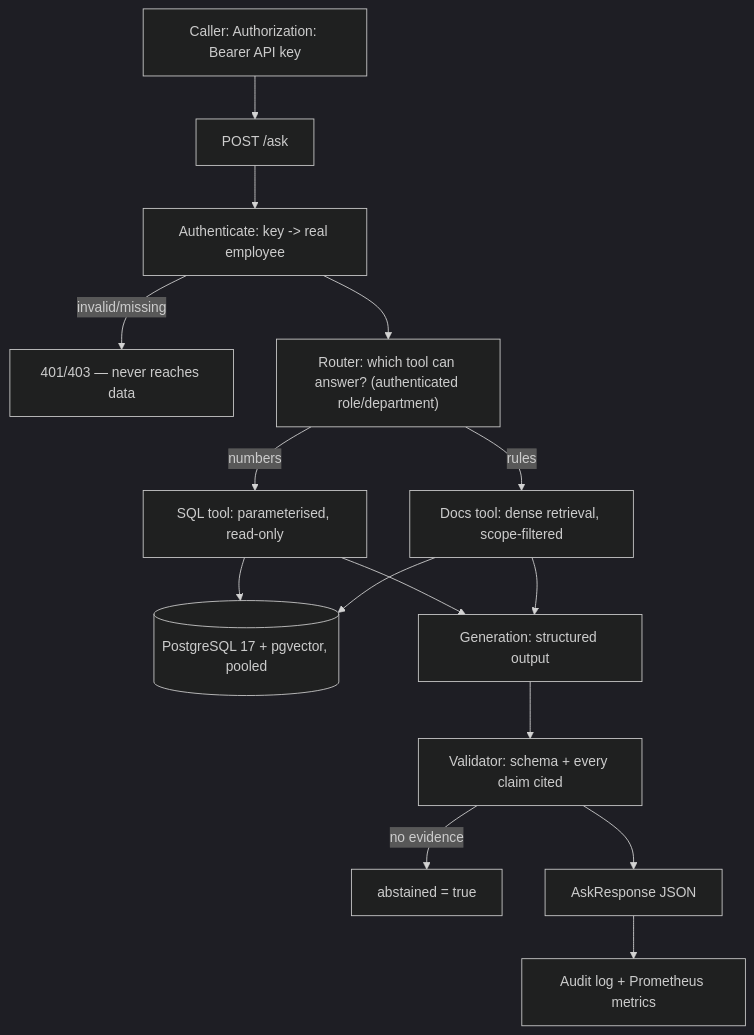
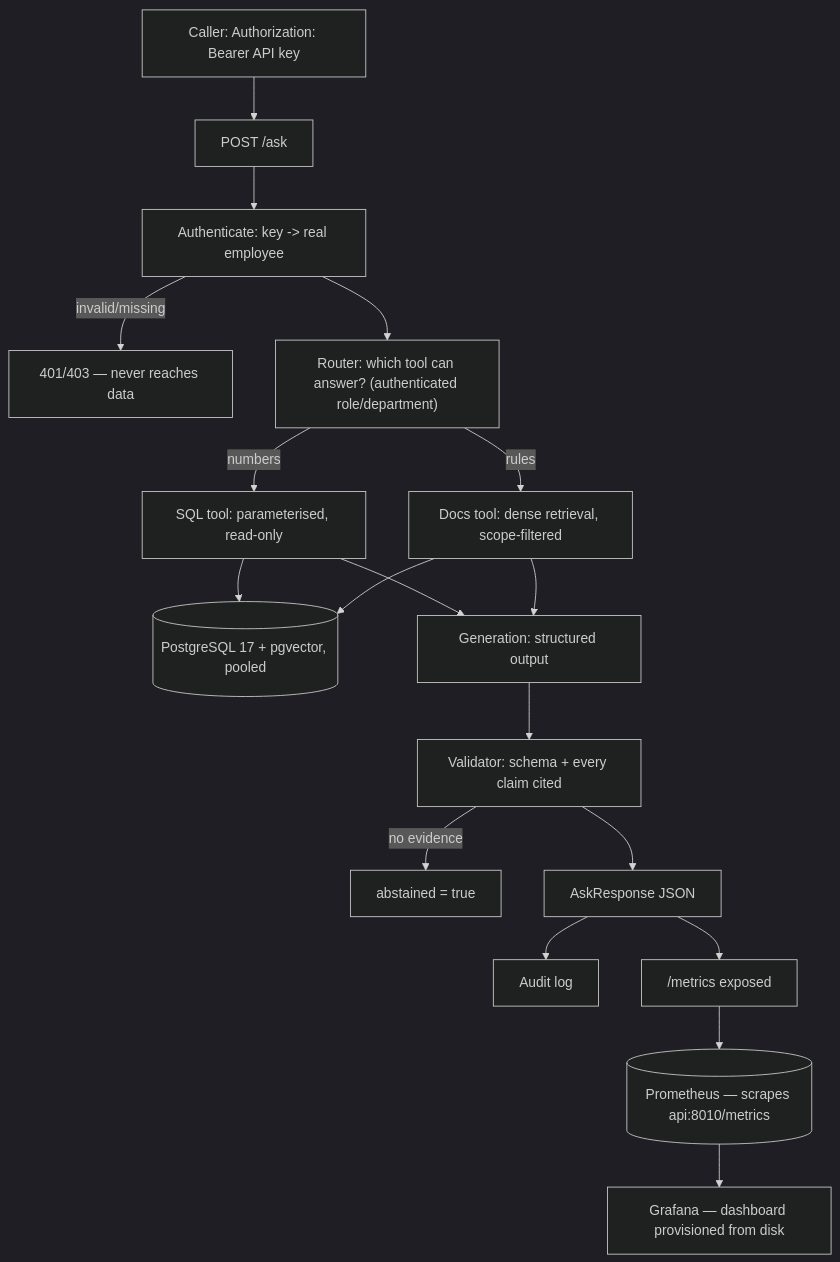
The diagram in README.md (anhquan1111/enterprise-ai-decision-platform), drawn with Mermaid (dark theme) before and after one commit. The commit also changed other lines of this file and 9 other files, not shown here.

Commit message:
feat(observability): Prometheus + Grafana as their own containers

````diff
--- a/README.md
+++ b/README.md
@@ -45,17 +45,20 @@
 ```mermaid
 flowchart TB
     U["Caller: Authorization: Bearer API key"] --> API["POST /ask"]
     API --> AUTH["Authenticate: key -> real employee"]
     AUTH -->|invalid/missing| R401["401/403 — never reaches data"]
     AUTH --> AG["Router: which tool can answer? (authenticated role/department)"]
     AG -->|numbers| T1["SQL tool: parameterised, read-only"]
     AG -->|rules| T2["Docs tool: dense retrieval, scope-filtered"]
     T1 --> DB[("PostgreSQL 17 + pgvector, pooled")]
     T2 --> DB
     T1 --> GEN["Generation: structured output"]
     T2 --> GEN
     GEN --> VAL["Validator: schema + every claim cited"]
     VAL -->|no evidence| ABS["abstained = true"]
     VAL --> OUT["AskResponse JSON"]
-    OUT --> AUD["Audit log + Prometheus metrics"]
+    OUT --> AUD["Audit log"]
+    OUT --> MET["/metrics exposed"]
+    MET --> PROM[("Prometheus — scrapes api:8010/metrics")]
+    PROM --> GRAF["Grafana — dashboard provisioned from disk"]
 ```
````
